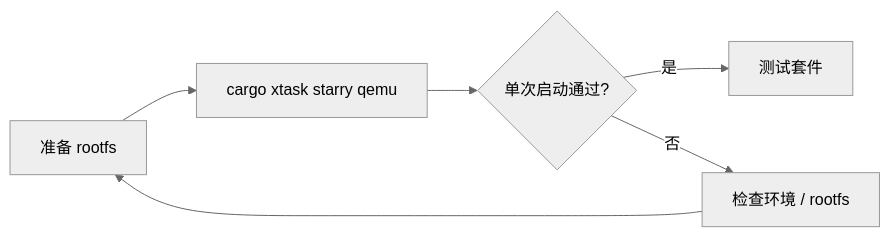
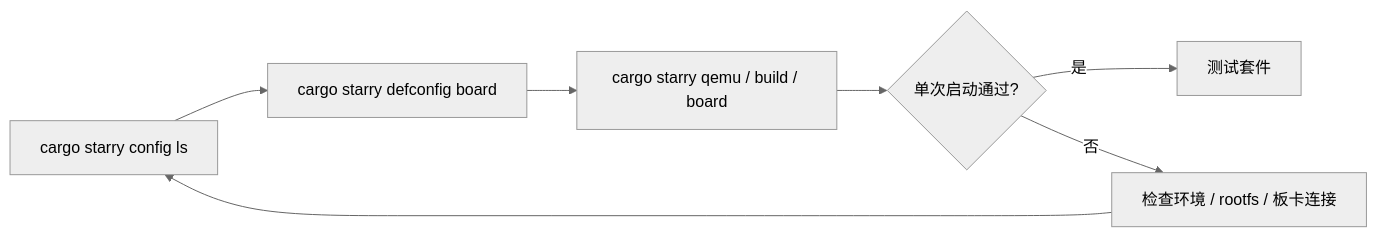
One commit to rcore-os/tgoskits changed the diagram in docs/docs/quickstart/starryos.md. Above: the diagram before and after it, drawn with Mermaid (neutral theme). The commit also changed other lines of this file and 10 other files, not shown here.

````diff
--- a/docs/docs/quickstart/starryos.md
+++ b/docs/docs/quickstart/starryos.md
@@ -11,8 +11,9 @@
 ```mermaid
 flowchart LR
-  A[准备 rootfs] --> B[cargo xtask starry qemu]
-  B --> C{单次启动通过?}
-  C -- 是 --> D[测试套件]
-  C -- 否 --> E[检查环境 / rootfs]
-  E --> A
+  A[cargo starry config ls] --> B[cargo starry defconfig board]
+  B --> C[cargo starry qemu / build / board]
+  C --> D{单次启动通过?}
+  D -- 是 --> E[测试套件]
+  D -- 否 --> F[检查环境 / rootfs / 板卡连接]
+  F --> A
 ```
````
